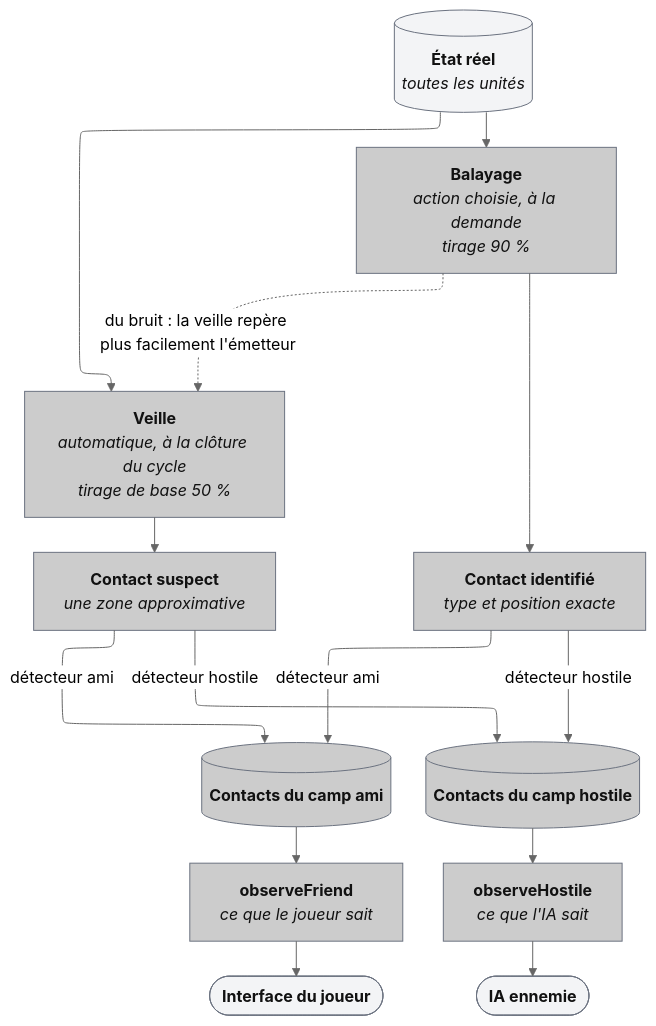
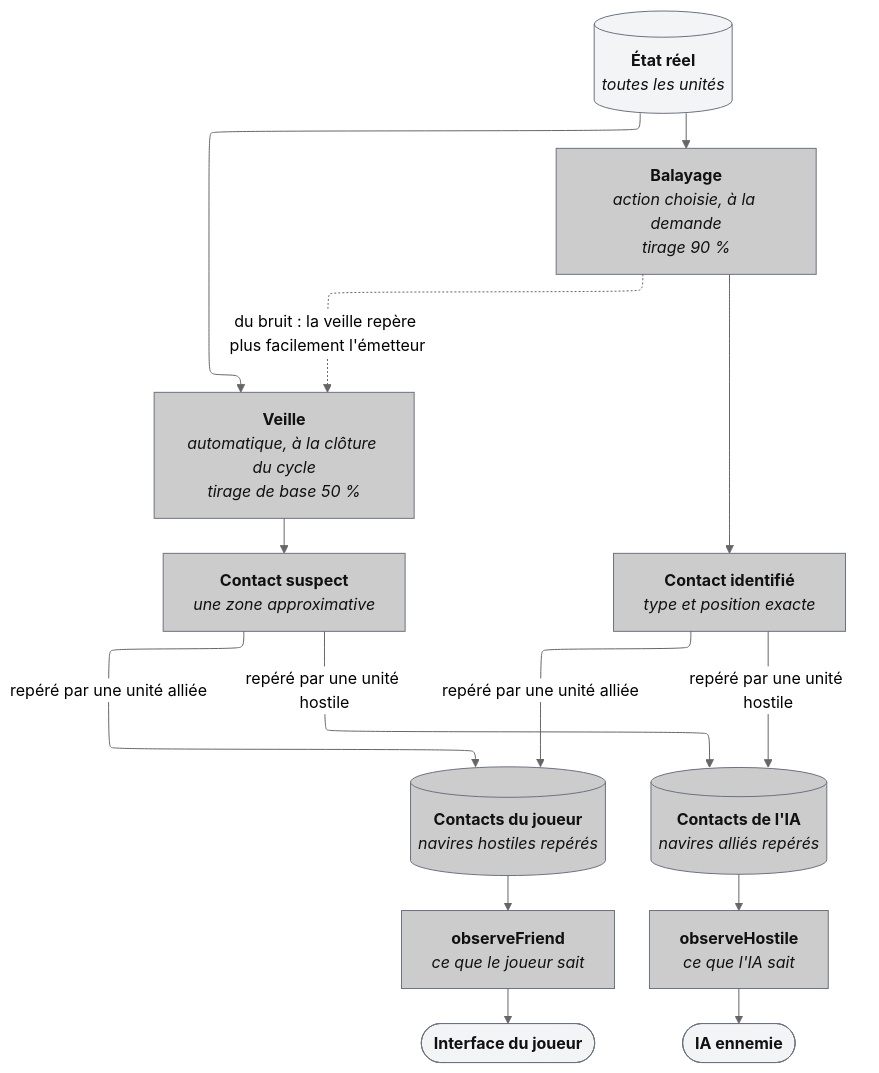
Before and after one commit to peangoulvant/Tacticoop: the diagram in docs/diagrams/06-detection.md, drawn with Mermaid (neutral theme). The commit also changed other lines of this file, not shown here.

Commit message:
Diagramme de détection : un contact désigne toujours un navire du camp adverse (libellés clarifiés)
Claude-Session: https://claude.ai/code/session_019UXMAibbG6jKv7MyJazJfo

````diff
--- a/docs/diagrams/06-detection.md
+++ b/docs/diagrams/06-detection.md
@@ -5,36 +5,36 @@
 ```mermaid
 ---
 config:
   layout: elk
 ---
 flowchart TB
     reel[("`**État réel**<br>*toutes les unités*`")]:::ext
 
     veille["`**Veille**<br>*automatique, à la clôture du cycle<br>tirage de base 50 %*`"]:::ui
     balayage["`**Balayage**<br>*action choisie, à la demande<br>tirage 90 %*`"]:::ui
 
     suspect["`**Contact suspect**<br>*une zone approximative*`"]:::ui
     identifie["`**Contact identifié**<br>*type et position exacte*`"]:::ui
 
-    amis[("`**Contacts du camp ami**`")]:::ui
-    hostiles[("`**Contacts du camp hostile**`")]:::ui
+    amis[("`**Contacts du joueur**<br>*navires hostiles repérés*`")]:::ui
+    hostiles[("`**Contacts de l'IA**<br>*navires alliés repérés*`")]:::ui
 
     vueAmie["`**observeFriend**<br>*ce que le joueur sait*`"]:::ui
     vueHostile["`**observeHostile**<br>*ce que l'IA sait*`"]:::ui
 
     ecran(["`**Interface du joueur**`"]):::ext
     ia(["`**IA ennemie**`"]):::ext
 
     reel --> veille --> suspect
     reel --> balayage --> identifie
     balayage -.->|"du bruit : la veille repère plus facilement l'émetteur"| veille
-    suspect -->|"détecteur ami"| amis
-    suspect -->|"détecteur hostile"| hostiles
-    identifie -->|"détecteur ami"| amis
-    identifie -->|"détecteur hostile"| hostiles
+    suspect -->|"repéré par une unité alliée"| amis
+    suspect -->|"repéré par une unité hostile"| hostiles
+    identifie -->|"repéré par une unité alliée"| amis
+    identifie -->|"repéré par une unité hostile"| hostiles
     amis --> vueAmie --> ecran
     hostiles --> vueHostile --> ia
 
     classDef ui fill:#cccccc,stroke:#6b7280,color:#111
     classDef ext fill:#f3f4f6,stroke:#6b7280,color:#111
 ```
````
